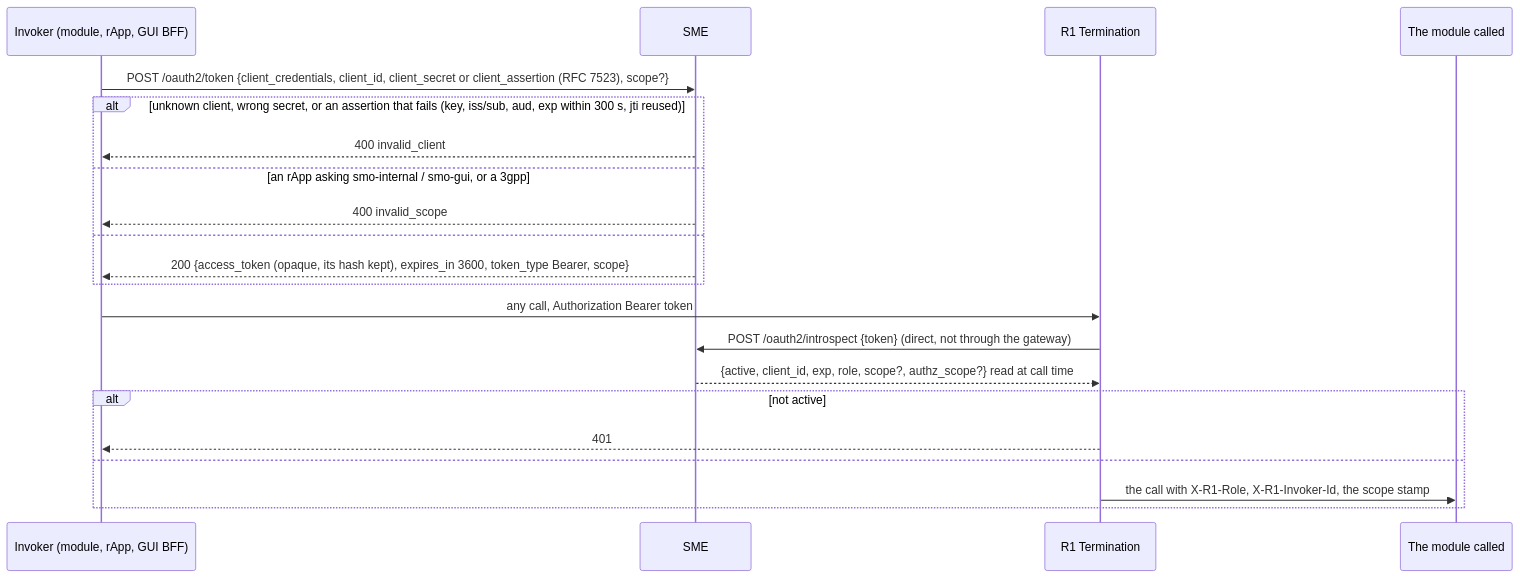
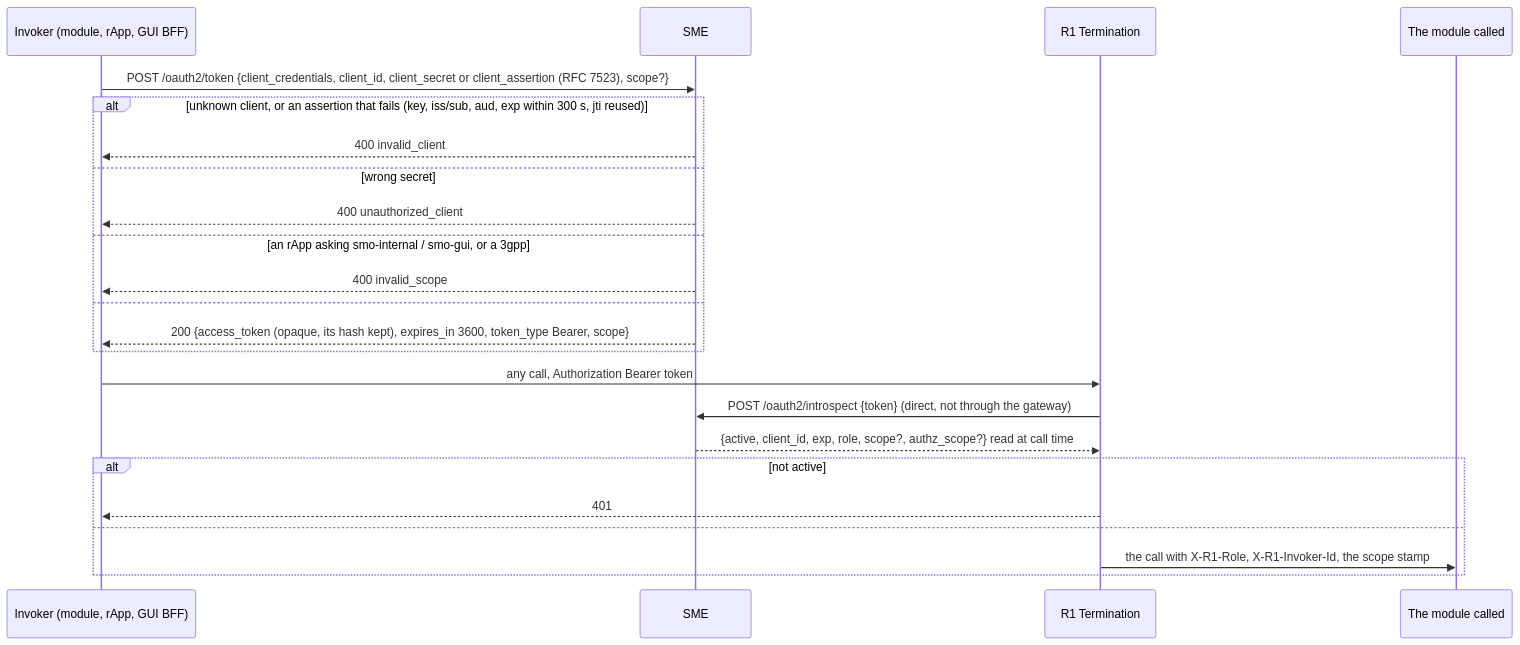
Before and after one commit to rsys-bshankar/ai-ran-smo: the fourth of 5 diagrams in smo/docs/call-flows/18-sme-trusted-invokers-lifecycle.md, drawn with Mermaid. The commit also changed 34 other files, not shown here.

````diff
--- a/smo/docs/call-flows/18-sme-trusted-invokers-lifecycle.md
+++ b/smo/docs/call-flows/18-sme-trusted-invokers-lifecycle.md
@@ -123,24 +123,26 @@
 ```mermaid
 sequenceDiagram
     participant C as Invoker (module, rApp, GUI BFF)
     participant SME as SME
     participant R1 as R1 Termination
     participant M as The module called
 
     C->>SME: POST /oauth2/token {client_credentials, client_id, client_secret or client_assertion (RFC 7523), scope?}
-    alt unknown client, wrong secret, or an assertion that fails (key, iss/sub, aud, exp within 300 s, jti reused)
+    alt unknown client, or an assertion that fails (key, iss/sub, aud, exp within 300 s, jti reused)
         SME-->>C: 400 invalid_client
+    else wrong secret
+        SME-->>C: 400 unauthorized_client
     else an rApp asking smo-internal / smo-gui, or a 3gpp# scope naming an API not published,<br/>not exposed by that AEF, or not discoverable by the invoker
         SME-->>C: 400 invalid_scope
     else
         SME-->>C: 200 {access_token (opaque, its hash kept), expires_in 3600, token_type Bearer, scope}
     end
     C->>R1: any call, Authorization Bearer token
     R1->>SME: POST /oauth2/introspect {token} (direct, not through the gateway)
     SME-->>R1: {active, client_id, exp, role, scope?, authz_scope?} read at call time
     alt not active
         R1-->>C: 401
     else
         R1->>M: the call with X-R1-Role, X-R1-Invoker-Id, the scope stamp
     end
 ```
````
